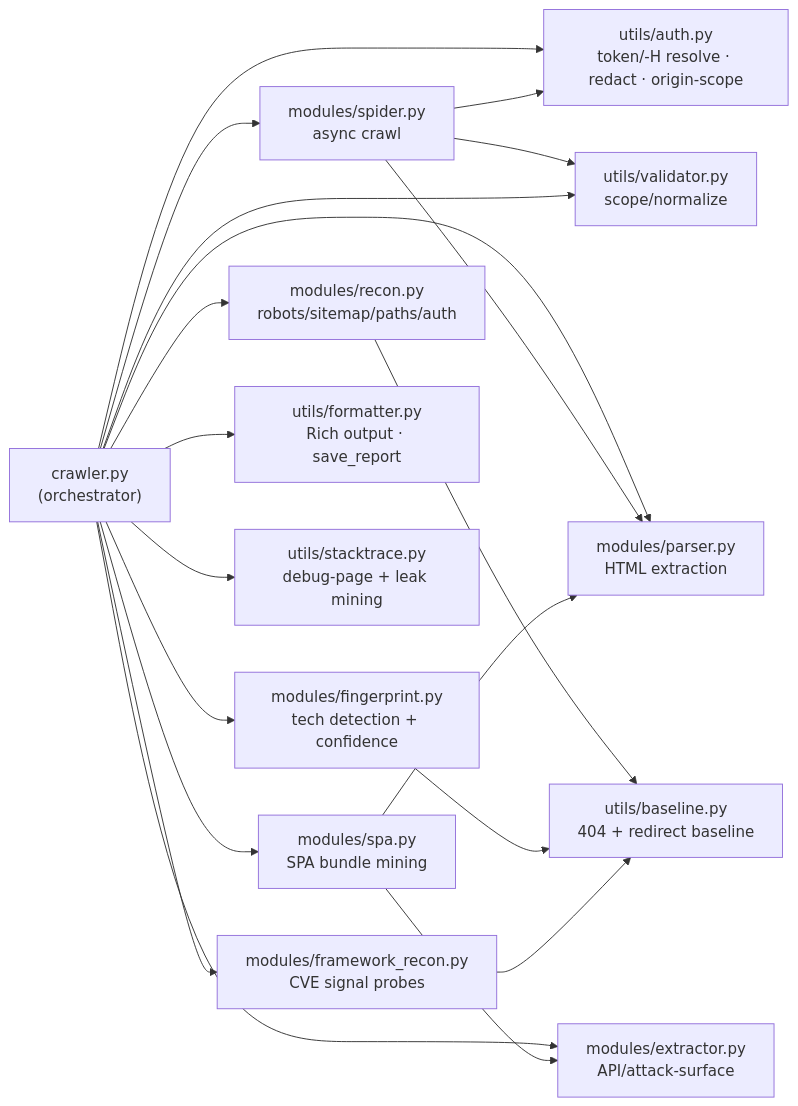
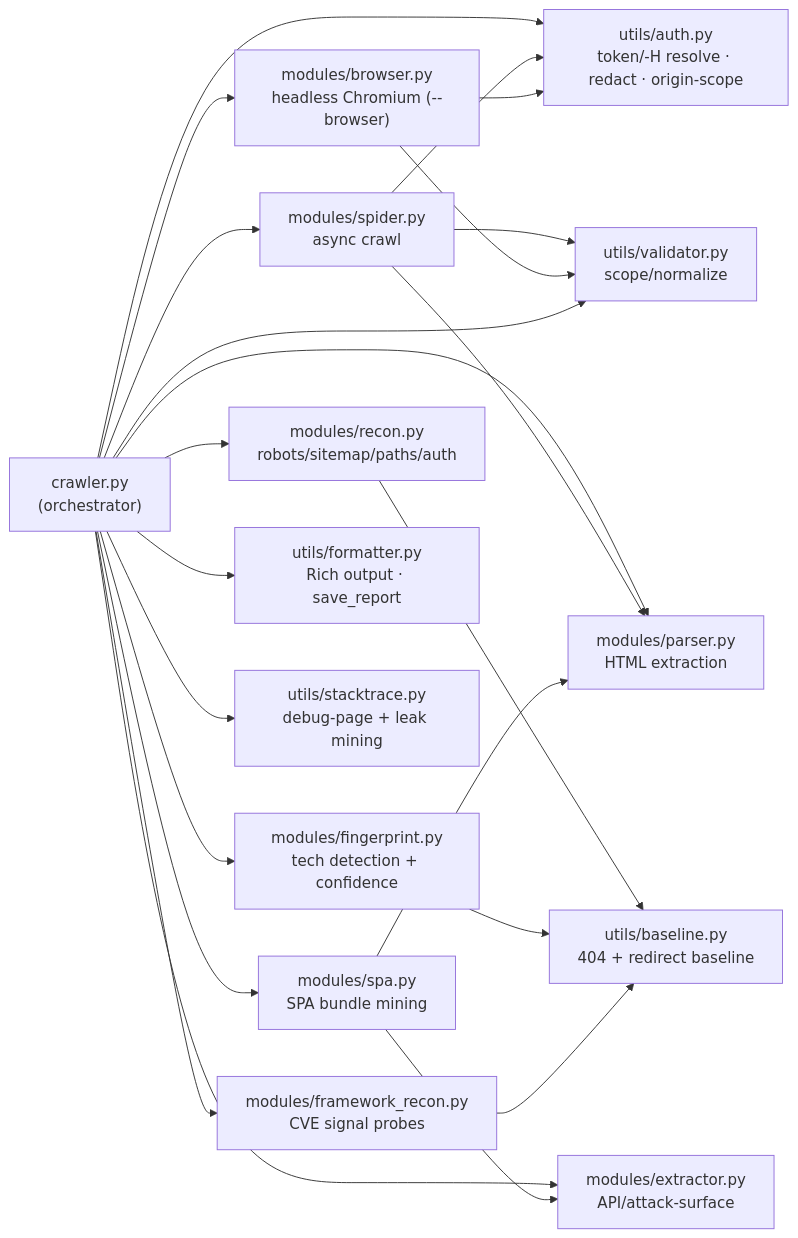
Before and after one commit to 0xj4f/shatterpoint: the second of 3 diagrams in docs/ARCHITECTURE.md, drawn with Mermaid. The commit also changed other lines of this file and 3 other files, not shown here.

````diff
--- a/docs/ARCHITECTURE.md
+++ b/docs/ARCHITECTURE.md
@@ -58,26 +62,29 @@
 ```mermaid
 flowchart LR
     crawler["crawler.py<br/>(orchestrator)"]
 
     crawler --> spider["modules/spider.py<br/>async crawl"]
     crawler --> recon["modules/recon.py<br/>robots/sitemap/paths/auth"]
     crawler --> fingerprint["modules/fingerprint.py<br/>tech detection + confidence"]
     crawler --> framework["modules/framework_recon.py<br/>CVE signal probes"]
     crawler --> spa["modules/spa.py<br/>SPA bundle mining"]
+    crawler --> browser["modules/browser.py<br/>headless Chromium (--browser)"]
     crawler --> parser["modules/parser.py<br/>HTML extraction"]
     crawler --> extractor["modules/extractor.py<br/>API/attack-surface"]
 
     crawler --> auth["utils/auth.py<br/>token/-H resolve · redact · origin-scope"]
     crawler --> formatter["utils/formatter.py<br/>Rich output · save_report"]
     crawler --> stacktrace["utils/stacktrace.py<br/>debug-page + leak mining"]
 
     spider --> auth
     spider --> validator["utils/validator.py<br/>scope/normalize"]
     spider --> parser
     recon --> baseline["utils/baseline.py<br/>404 + redirect baseline"]
     fingerprint --> baseline
     framework --> baseline
     spa --> extractor
     spa --> parser
+    browser --> auth
+    browser --> validator
     crawler --> validator
 ```
````
